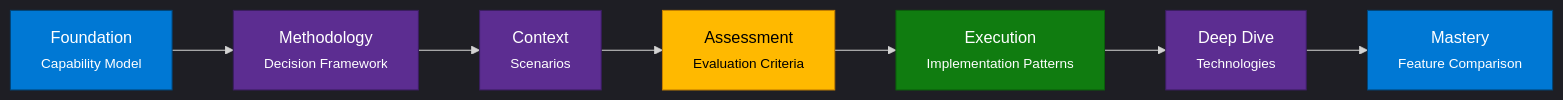
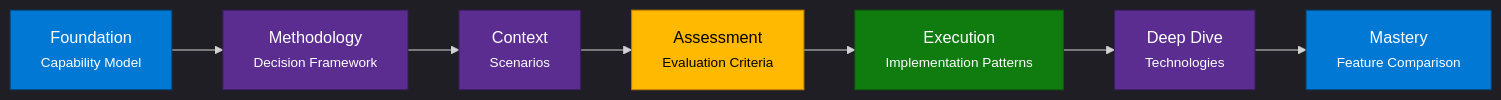
Before and after one commit to microsoft/Microsoft-AI-Decision-Framework: the first of 2 diagrams in README.md, drawn with Mermaid. The commit also changed other lines of this file, not shown here.

Commit message:
fix: simplify Mermaid inline directives to fix diagram clipping
Remove complex flowchart config (useMaxWidth, nodeSpacing, wrappingWidth) that was causing Mermaid to miscalculate SVG viewBox dimensions. This was clipping the rightmost boxes in both diagrams.

````diff
--- a/README.md
+++ b/README.md
@@ -61,21 +61,29 @@
 ```mermaid
-%%{init: {'theme':'dark','flowchart': {'nodeSpacing': 100, 'rankSpacing': 60, 'diagramPadding': 20, 'htmlLabels': true}}}%%
+%%{init: {'theme':'dark'}}%%
 flowchart LR
-        F["Foundation<br><small>Capability Model</small>"] --> M["Methodology<br><small>Decision Framework</small>"] --> C["Context<br><small>Scenarios</small>"] --> A["Assessment<br><small>Evaluation Criteria</small>"] --> E["Execution<br><small>Implementation Patterns</small>"] --> D["Deep Dive<br><small>Technologies</small>"] --> MS["Mastery<br><small>Feature Comparison</small>"]
+    F["Foundation<br><small>Capability Model</small>"]
+    M["Methodology<br><small>Decision Framework</small>"]
+    C["Context<br><small>Scenarios</small>"]
+    A["Assessment<br><small>Evaluation Criteria</small>"]
+    E["Execution<br><small>Implementation Patterns</small>"]
+    D["Deep Dive<br><small>Technologies</small>"]
+    MS["Mastery<br><small>Feature Comparison</small>"]
 
-        click F "{{ site.baseurl }}/docs/capability-model" "Open Capability Model" _self
-        click M "{{ site.baseurl }}/docs/decision-framework" "Open Decision Framework" _self
-        click C "{{ site.baseurl }}/docs/scenarios" "Open Scenarios" _self
-        click A "{{ site.baseurl }}/docs/evaluation-criteria" "Open Evaluation Criteria" _self
-        click E "{{ site.baseurl }}/docs/implementation-patterns" "Open Implementation Patterns" _self
-        click D "{{ site.baseurl }}/docs/technologies" "Open Technologies" _self
-        click MS "{{ site.baseurl }}/docs/feature-comparison" "Open Feature Comparison" _self
+    F --> M --> C --> A --> E --> D --> MS
 
-        style F fill:#0078D4,stroke:#004578,color:#fff
-        style M fill:#5C2D91,stroke:#3B1D61,color:#fff
-        style C fill:#5C2D91,stroke:#3B1D61,color:#fff
-        style A fill:#FFB900,stroke:#C47F00,color:#000
-        style E fill:#107C10,stroke:#0B5E0B,color:#fff
-        style D fill:#5C2D91,stroke:#3B1D61,color:#fff
-        style MS fill:#0078D4,stroke:#004578,color:#fff
+    click F "{{ site.baseurl }}/docs/capability-model" "Open Capability Model" _self
+    click M "{{ site.baseurl }}/docs/decision-framework" "Open Decision Framework" _self
+    click C "{{ site.baseurl }}/docs/scenarios" "Open Scenarios" _self
+    click A "{{ site.baseurl }}/docs/evaluation-criteria" "Open Evaluation Criteria" _self
+    click E "{{ site.baseurl }}/docs/implementation-patterns" "Open Implementation Patterns" _self
+    click D "{{ site.baseurl }}/docs/technologies" "Open Technologies" _self
+    click MS "{{ site.baseurl }}/docs/feature-comparison" "Open Feature Comparison" _self
+
+    style F fill:#0078D4,stroke:#004578,color:#fff
+    style M fill:#5C2D91,stroke:#3B1D61,color:#fff
+    style C fill:#5C2D91,stroke:#3B1D61,color:#fff
+    style A fill:#FFB900,stroke:#C47F00,color:#000
+    style E fill:#107C10,stroke:#0B5E0B,color:#fff
+    style D fill:#5C2D91,stroke:#3B1D61,color:#fff
+    style MS fill:#0078D4,stroke:#004578,color:#fff
 ```
````
